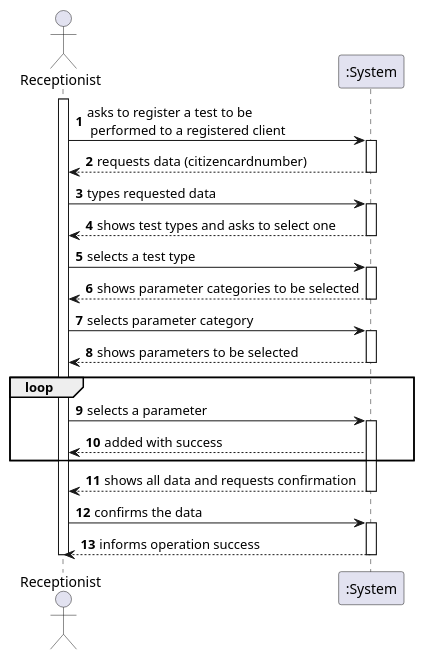
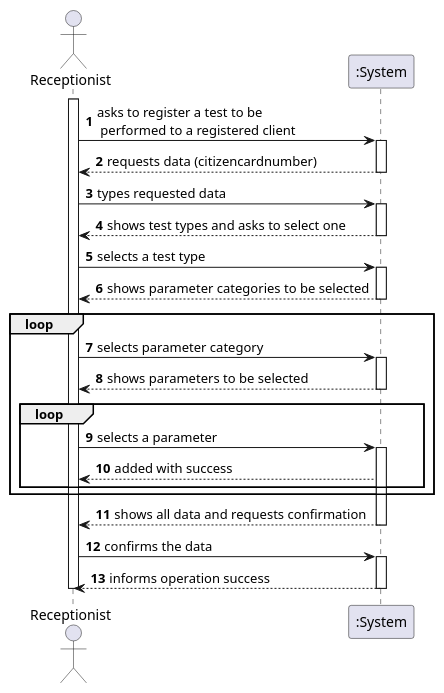
One commit to manu-07-ela/LAPR2_ISEP changed the diagram in docs/SprintC/US04/US04_SSD.puml. Above: the diagram before and after it, drawn with PlantUML. The commit also changed 3 other files, not shown here.

```diff
--- a/docs/SprintC/US04/US04_SSD.puml
+++ b/docs/SprintC/US04/US04_SSD.puml
@@ -1,44 +1,45 @@
 @startuml
 autonumber
 actor "Receptionist" as REP
 
 activate REP
 REP -> ":System" : asks to register a test to be \n performed to a registered client
 activate ":System"
 ":System" --> REP : requests data (citizencardnumber)
 deactivate ":System"
 
 REP -> ":System" : types requested data
 activate ":System"
 ":System" --> REP : shows test types and asks to select one
 deactivate ":System"
 
 REP -> ":System" : selects a test type
 activate ":System"
 
 ":System" --> REP : shows parameter categories to be selected
 deactivate ":System"
-
+loop
 REP -> ":System" : selects parameter category
 activate ":System"
 
 ":System" --> REP : shows parameters to be selected
 deactivate ":System"
 
 loop
 REP -> ":System" : selects a parameter
 activate ":System"
 ":System" --> REP : added with success
+end
 end
 
 ":System" --> REP : shows all data and requests confirmation
 deactivate ":System"
 
 REP -> ":System" : confirms the data
 activate ":System"
 ":System" --> REP : informs operation success
 deactivate ":System"
 
 deactivate REP
 
 @enduml
```
